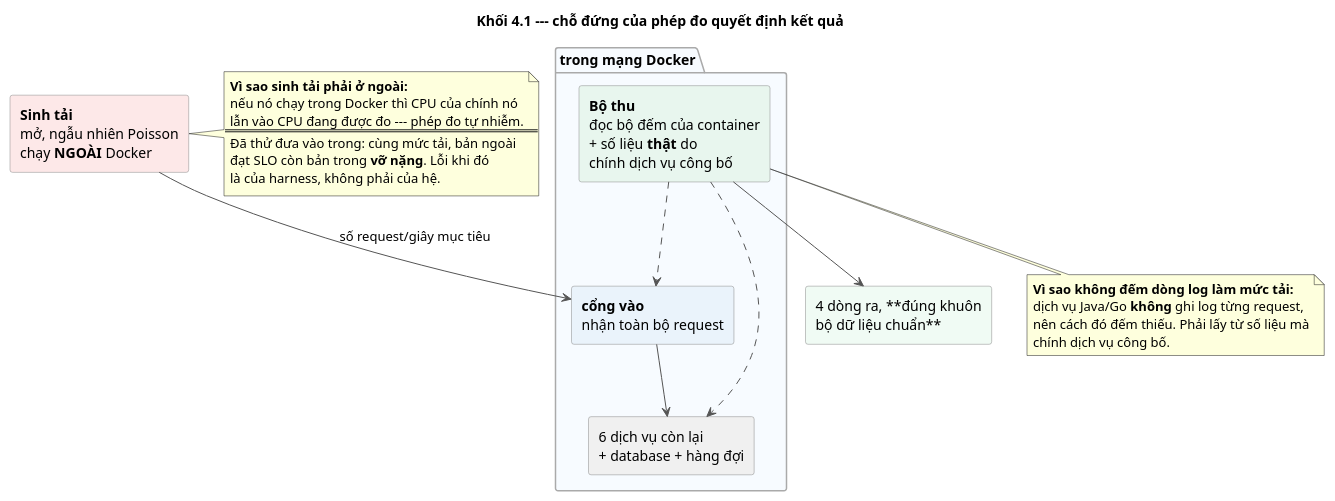
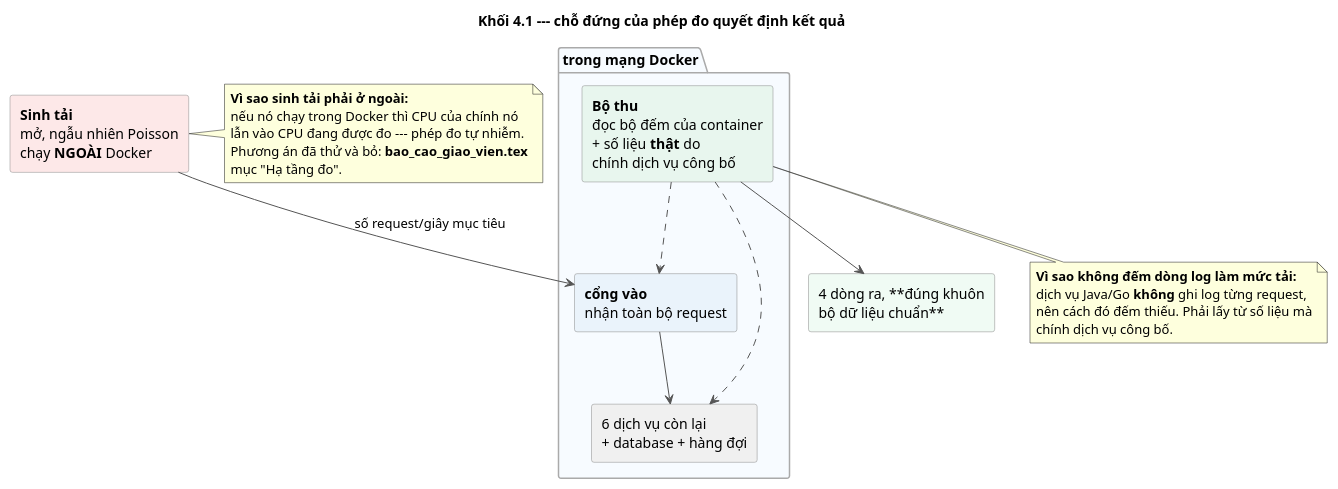
Before and after one commit to kkyaha/NCKH: the diagram in papers/p1_du_phong/docs/figures/puml/31_ha_tang_do.puml, drawn with PlantUML. The commit also changed 25 other files, not shown here.

Commit message:
feat: add chain validation for SCM and update evaluation docs and diagrams

```diff
--- a/papers/p1_du_phong/docs/figures/puml/31_ha_tang_do.puml
+++ b/papers/p1_du_phong/docs/figures/puml/31_ha_tang_do.puml
@@ -1,47 +1,45 @@
 @startuml
 ' MOTA: Khối 4.1 — đo bằng gì, và vì sao chỗ đứng của phép đo quyết định kết quả
 skinparam defaultFontName Helvetica
 skinparam shadowing false
 skinparam ArrowColor #555555
 skinparam rectangle {
   BorderColor #888888
 }
 skinparam package {
   BorderColor #AAAAAA
   FontStyle bold
 }
 title Khối 4.1 --- **chỗ đứng** của phép đo quyết định kết quả
 
 rectangle "**Sinh tải**\nmở, ngẫu nhiên Poisson\nchạy **NGOÀI** Docker" as LG #FDE8E8
 
 package "trong mạng Docker" #F7FBFF {
   rectangle "**cổng vào**\nnhận toàn bộ request" as FE #EAF3FB
   rectangle "6 dịch vụ còn lại\n+ database + hàng đợi" as REST #F0F0F0
   rectangle "**Bộ thu**\nđọc bộ đếm của container\n+ số liệu **thật** do\nchính dịch vụ công bố" as COL #E8F6EE
 }
 
 rectangle "4 dòng ra, **đúng khuôn\nbộ dữ liệu chuẩn**" as OUT #F0FBF4
 
 LG --> FE : số request/giây mục tiêu
 FE --> REST
 COL ..> FE
 COL ..> REST
 COL --> OUT
 
 note right of LG
   **Vì sao sinh tải phải ở ngoài:**
   nếu nó chạy trong Docker thì CPU của chính nó
   lẫn vào CPU đang được đo --- phép đo tự nhiễm.
-  ====
-  Đã thử đưa vào trong: cùng mức tải, bản ngoài
-  đạt SLO còn bản trong **vỡ nặng**. Lỗi khi đó
-  là của harness, không phải của hệ.
+  Phương án đã thử và bỏ: **bao_cao_giao_vien.tex**
+  mục "Hạ tầng đo".
 end note
 
 note bottom of COL
   **Vì sao không đếm dòng log làm mức tải:**
   dịch vụ Java/Go **không** ghi log từng request,
   nên cách đó đếm thiếu. Phải lấy từ số liệu mà
   chính dịch vụ công bố.
 end note
 @enduml
```
